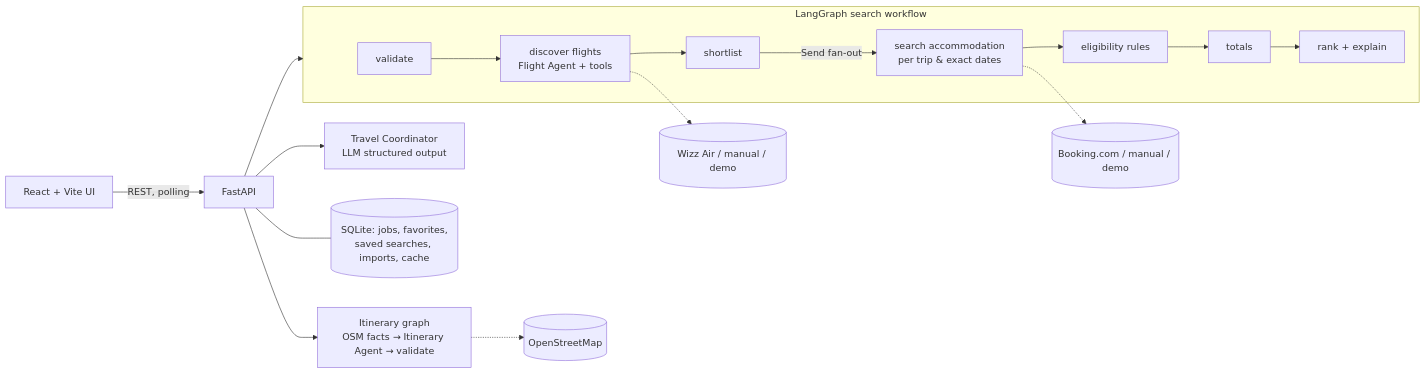
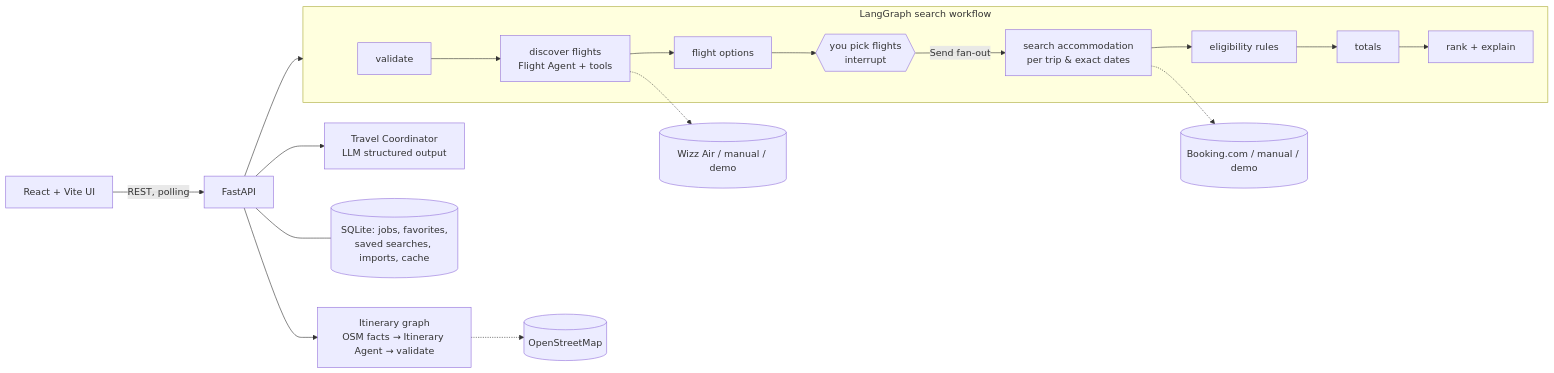
One commit to vladix101/travelscout changed the diagram in README.md. Above: the diagram before and after it, drawn with Mermaid. The commit also changed other lines of this file and 18 other files, not shown here.

First line of the commit message:
Pick flights before searching accommodation; run Booking.com off-screen

````diff
--- a/README.md
+++ b/README.md
@@ -49,19 +50,20 @@
 ```mermaid
 flowchart LR
     UI[React + Vite UI] -->|REST, polling| API[FastAPI]
     API --> TC[Travel Coordinator<br/>LLM structured output]
     API --> G
     subgraph G[LangGraph search workflow]
         V[validate] --> F[discover flights<br/>Flight Agent + tools]
-        F --> S[shortlist]
-        S -->|Send fan-out| A[search accommodation<br/>per trip & exact dates]
+        F --> S[flight options]
+        S --> P{{you pick flights<br/>interrupt}}
+        P -->|Send fan-out| A[search accommodation<br/>per trip & exact dates]
         A --> E[eligibility rules]
         E --> C[totals]
         C --> R[rank + explain]
     end
     API --> IT[Itinerary graph<br/>OSM facts → Itinerary Agent → validate]
     F -.-> W[(Wizz Air / manual / demo)]
     A -.-> B[(Booking.com / manual / demo)]
     IT -.-> O[(OpenStreetMap)]
     API --- DB[(SQLite: jobs, favorites,<br/>saved searches, imports, cache)]
 ```
````
